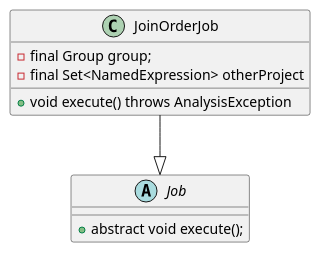
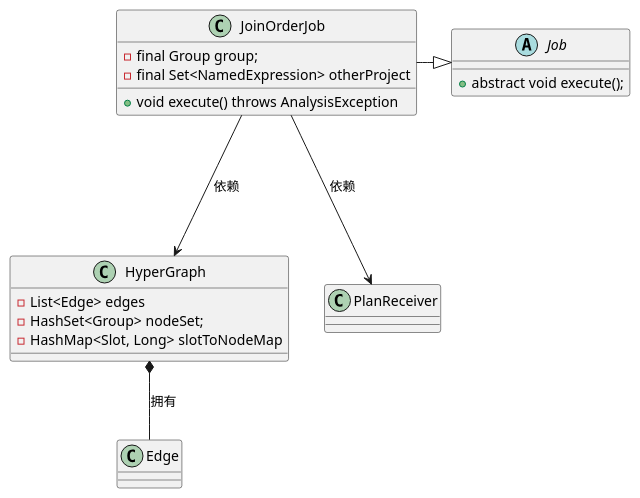
Before and after one commit to DepInjoy/geektime: the second of 4 diagrams in doc/DB/Doris/SourceRead/02_00_Optimize.md, drawn with PlantUML. The commit also changed other lines of this file, not shown here.

````diff
--- a/doc/DB/Doris/SourceRead/02_00_Optimize.md
+++ b/doc/DB/Doris/SourceRead/02_00_Optimize.md
@@ -280,14 +285,24 @@
 ```plantuml
 @startuml
 class JoinOrderJob {
     - final Group group;
     - final Set<NamedExpression> otherProject
     + void execute() throws AnalysisException
 }
 
 abstract class Job {
     + abstract void execute();
 }
-JoinOrderJob -down-|> Job
+
+class HyperGraph {
+    - List<Edge> edges
+    - HashSet<Group> nodeSet;
+    - HashMap<Slot, Long> slotToNodeMap
+}
+
+JoinOrderJob -right-|> Job
+JoinOrderJob -down--> HyperGraph : 依赖
+JoinOrderJob -down--> PlanReceiver : 依赖
+Edge -up-* HyperGraph : 拥有
 @enduml
 ```
````
